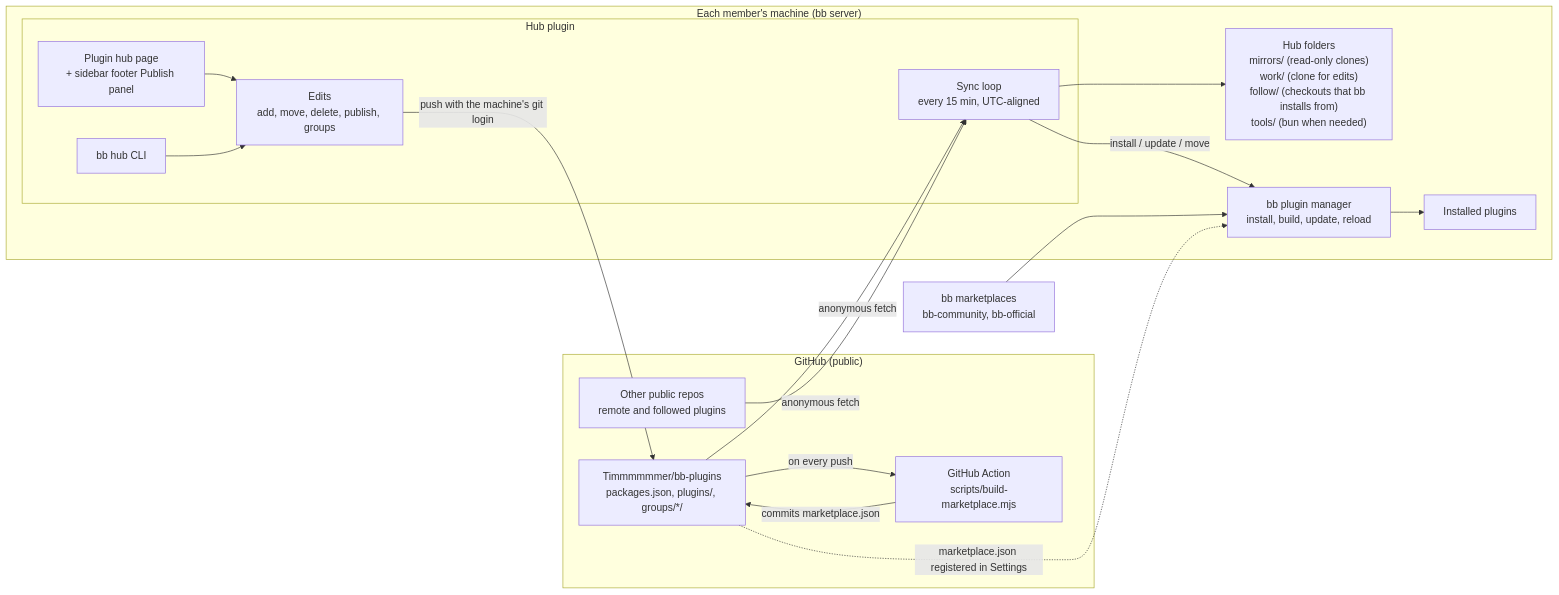
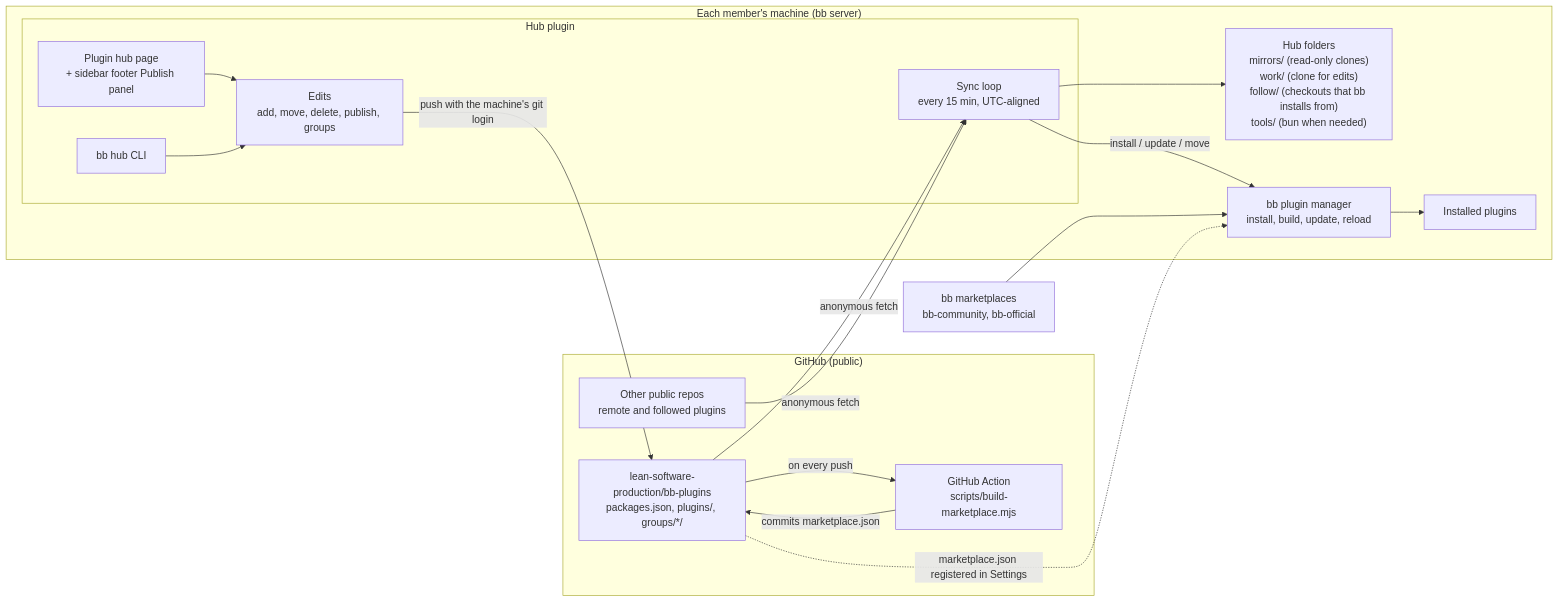
One commit to Timmmmmmer/bb-plugins changed the third of 7 diagrams in ARCHITECTURE.md. Above: the diagram before and after it, drawn with Mermaid. The commit also changed other lines of this file and 7 other files, not shown here.

First line of the commit message:
Hub 2.10.3: the repository now lives at lean-software-production/bb-plugins

````diff
--- a/ARCHITECTURE.md
+++ b/ARCHITECTURE.md
@@ -125,34 +125,34 @@
 ```mermaid
 flowchart LR
   subgraph GitHub["GitHub (public)"]
-    Repo["Timmmmmmer/bb-plugins<br/>packages.json, plugins/, groups/*/"]
+    Repo["lean-software-production/bb-plugins<br/>packages.json, plugins/, groups/*/"]
     Action["GitHub Action<br/>scripts/build-marketplace.mjs"]
     Remote["Other public repos<br/>remote and followed plugins"]
   end
   Catalog["bb marketplaces<br/>bb-community, bb-official"]
 
   subgraph Machine["Each member's machine (bb server)"]
     subgraph Hub["Hub plugin"]
       Sync["Sync loop<br/>every 15 min, UTC-aligned"]
       Edit["Edits<br/>add, move, delete, publish, groups"]
       UI["Plugin hub page<br/>+ sidebar footer Publish panel"]
       CLI["bb hub CLI"]
     end
     Disk["Hub folders<br/>mirrors/ (read-only clones)<br/>work/ (clone for edits)<br/>follow/ (checkouts that bb installs from)<br/>tools/ (bun when needed)"]
     BB["bb plugin manager<br/>install, build, update, reload"]
     Plugins["Installed plugins"]
   end
 
   Repo -- "anonymous fetch" --> Sync
   Remote -- "anonymous fetch" --> Sync
   Sync --> Disk
   Sync -- "install / update / move" --> BB
   Catalog --> BB
   BB --> Plugins
   UI --> Edit
   CLI --> Edit
   Edit -- "push with the machine's git login" --> Repo
   Repo -- "on every push" --> Action
   Action -- "commits marketplace.json" --> Repo
   Repo -. "marketplace.json registered in Settings" .-> BB
 ```
````
